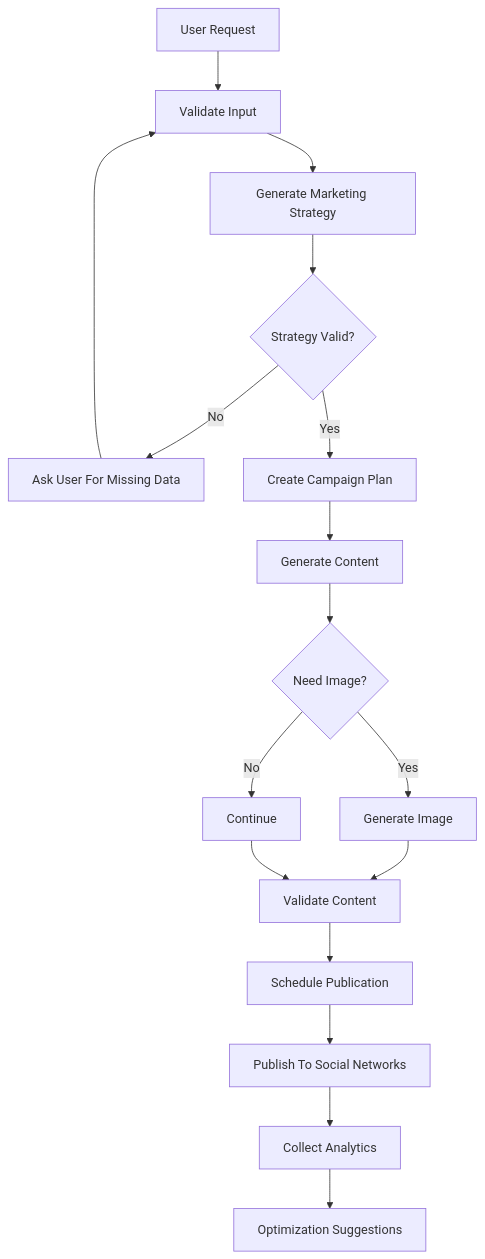
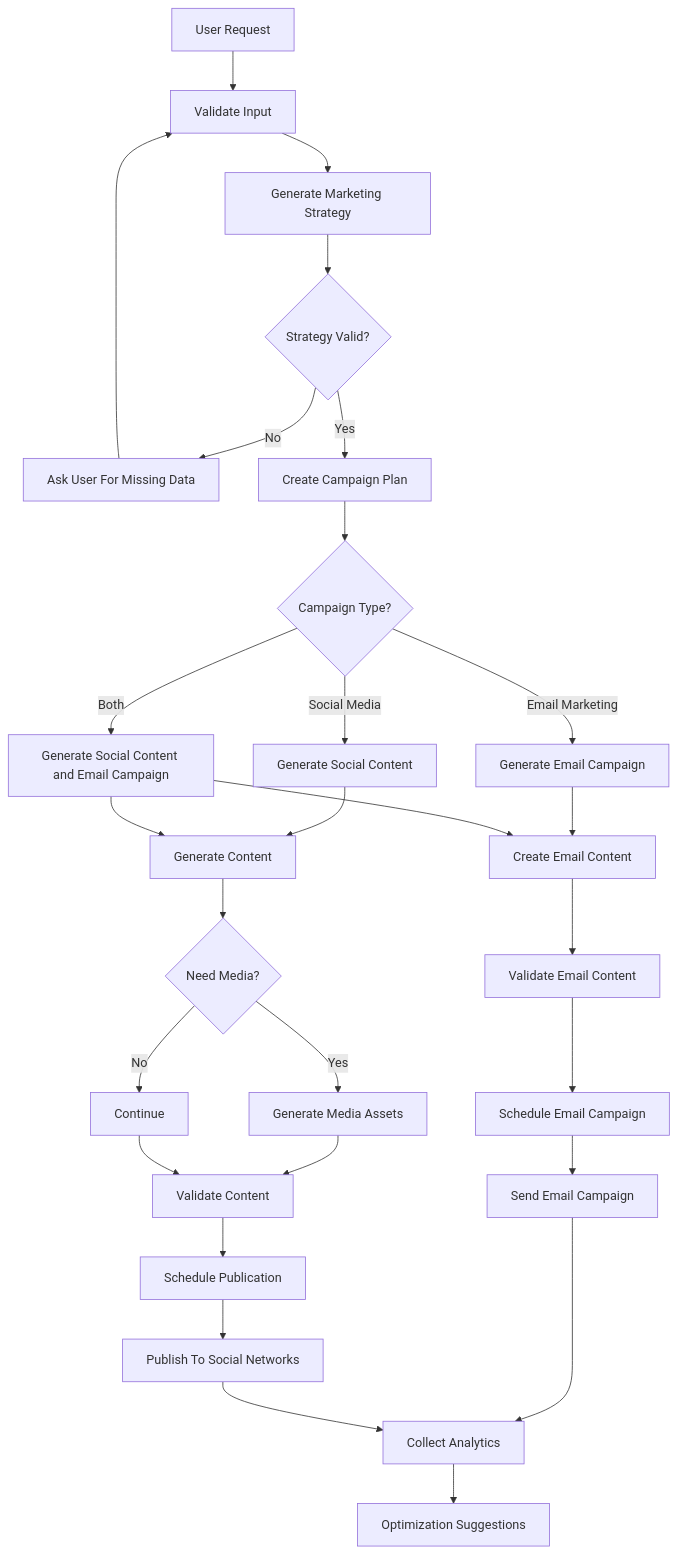
The first of 8 diagrams in README.md (mariembel21/nova-ai-marketing-agent), drawn with Mermaid before and after one commit.

Commit message:
Refactor campaign flowchart in README.md

````diff
--- a/README.md
+++ b/README.md
@@ -5,33 +5,44 @@
 ```mermaid
 flowchart TD
 
 A[User Request] --> B[Validate Input]
 
 B --> C[Generate Marketing Strategy]
 
 C --> D{Strategy Valid?}
 
 D -->|No| E[Ask User For Missing Data]
 E --> B
 
 D -->|Yes| F[Create Campaign Plan]
 
-F --> G[Generate Content]
+F --> G{Campaign Type?}
 
-G --> H{Need Image?}
+G -->|Social Media| H[Generate Social Content]
+G -->|Email Marketing| I[Generate Email Campaign]
+G -->|Both| J[Generate Social Content and Email Campaign]
 
-H -->|Yes| I[Generate Image]
+H --> K[Generate Content]
+I --> L[Create Email Content]
+J --> K
+J --> L
 
-H -->|No| J[Continue]
+K --> M{Need Media?}
+M -->|Yes| N[Generate Media Assets]
+M -->|No| O[Continue]
 
-I --> K[Validate Content]
-J --> K
+L --> P[Validate Email Content]
+N --> Q[Validate Content]
+O --> Q
 
-K --> L[Schedule Publication]
+P --> R[Schedule Email Campaign]
+Q --> S[Schedule Publication]
 
-L --> M[Publish To Social Networks]
+R --> T[Send Email Campaign]
+S --> U[Publish To Social Networks]
 
-M --> N[Collect Analytics]
+T --> V[Collect Analytics]
+U --> V
 
-N --> O[Optimization Suggestions]
+V --> W[Optimization Suggestions]
 ```
````
